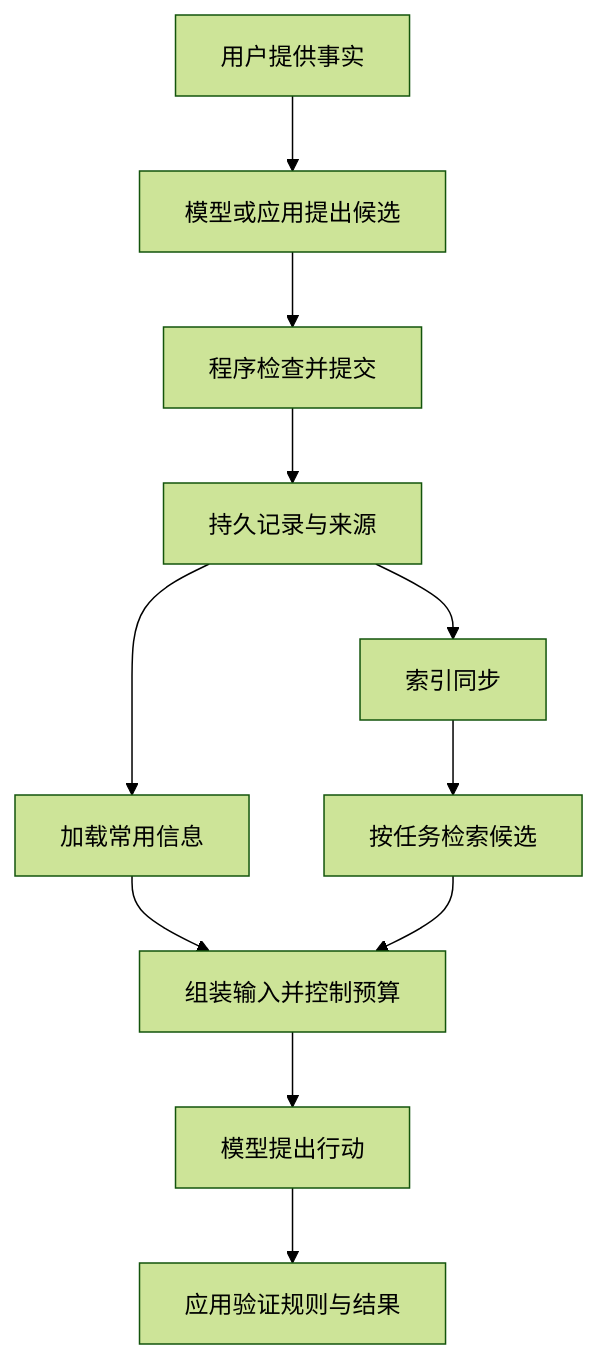
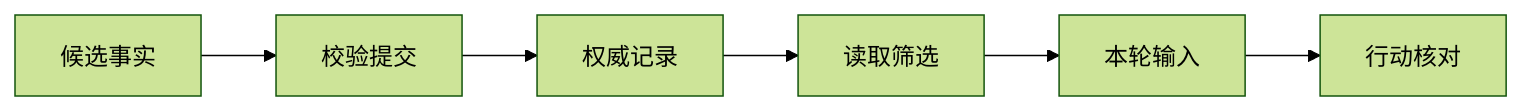
The diagram in book/15-memory-update-boundaries.md (Mar-garet/agent-book), drawn with Mermaid (forest theme) before and after one commit. The commit also changed other lines of this file and 47 other files, not shown here.

````diff
--- a/book/15-memory-update-boundaries.md
+++ b/book/15-memory-update-boundaries.md
@@ -27,14 +22,9 @@
 ```mermaid
-%% 一条记忆如何进入下一次行动
-flowchart TD
-    U[用户提供事实] --> M[模型或应用提出候选]
-    M --> W[程序检查并提交]
-    W --> S[持久记录与来源]
-    S --> L[加载常用信息]
-    S --> I[索引同步]
-    I --> R[按任务检索候选]
-    L --> C[组装输入并控制预算]
-    R --> C
-    C --> A[模型提出行动]
-    A --> V[应用验证规则与结果]
+%% 从用户纠正到下一次行动
+flowchart LR
+    A[候选事实] --> B[校验提交]
+    B --> C[权威记录]
+    C --> D[读取筛选]
+    D --> E[本轮输入]
+    E --> F[行动核对]
 ```
````
